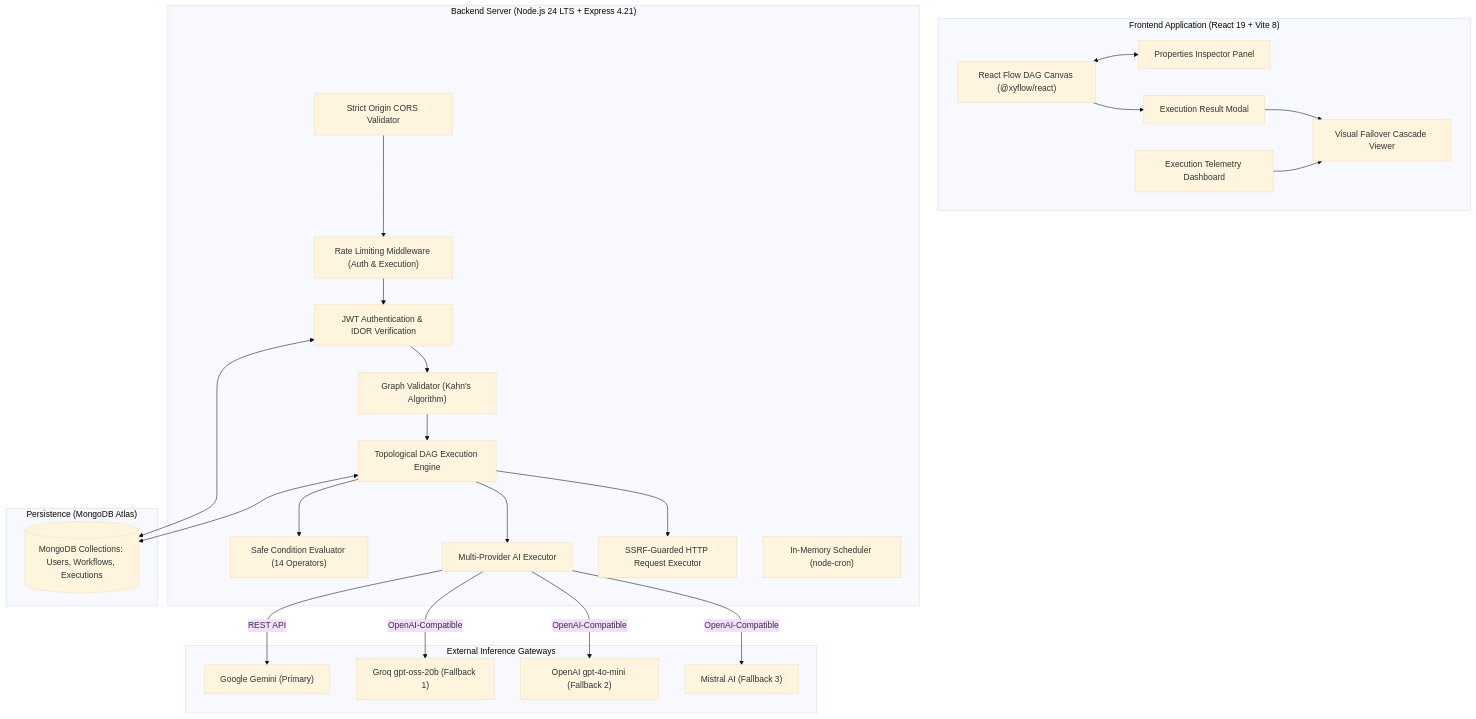
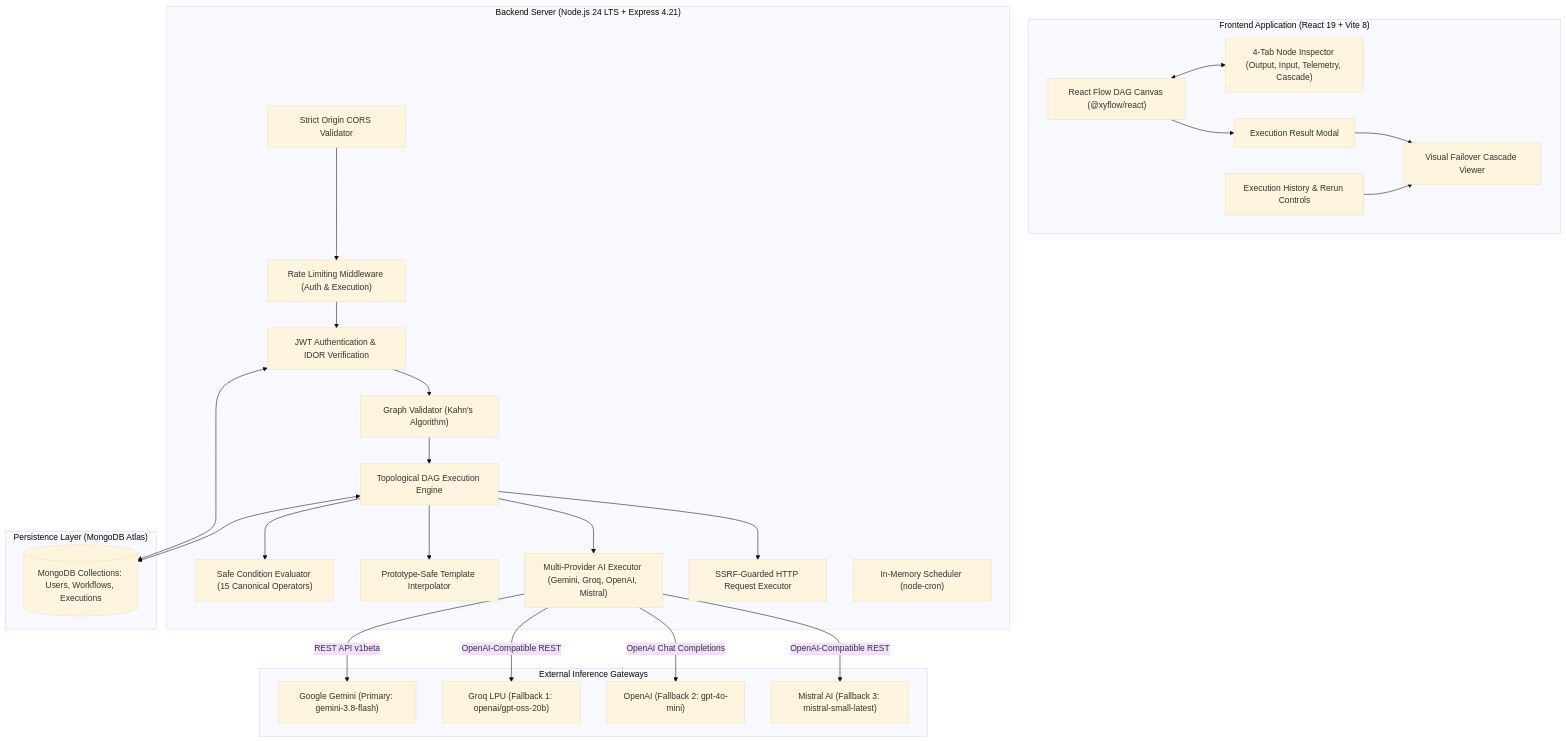
The first of 3 diagrams in README.md (DivyanshuG23/flowforge-ai), drawn with Mermaid (base theme) before and after one commit. The commit also changed other lines of this file, not shown here.

Commit message:
docs: upgrade FlowForge AI README for portfolio presentation

````diff
--- a/README.md
+++ b/README.md
@@ -32,52 +60,54 @@
 ```mermaid
 flowchart TD
     subgraph Client["Frontend Application (React 19 + Vite 8)"]
         Canvas["React Flow DAG Canvas (@xyflow/react)"]
-        Inspector["Properties Inspector Panel"]
+        Inspector["4-Tab Node Inspector (Output, Input, Telemetry, Cascade)"]
         Modal["Execution Result Modal"]
         Viewer["Visual Failover Cascade Viewer"]
-        TelemetryDash["Execution Telemetry Dashboard"]
+        TelemetryDash["Execution History & Rerun Controls"]
         Canvas <--> Inspector
         Canvas --> Modal
         Modal --> Viewer
         TelemetryDash --> Viewer
     end
 
     subgraph Server["Backend Server (Node.js 24 LTS + Express 4.21)"]
         CORS["Strict Origin CORS Validator"]
         RateLimit["Rate Limiting Middleware (Auth & Execution)"]
         AuthMiddleware["JWT Authentication & IDOR Verification"]
         Engine["Topological DAG Execution Engine"]
         Validator["Graph Validator (Kahn's Algorithm)"]
-        CondEval["Safe Condition Evaluator (14 Operators)"]
-        AIExec["Multi-Provider AI Executor"]
+        CondEval["Safe Condition Evaluator (15 Canonical Operators)"]
+        Interpolator["Prototype-Safe Template Interpolator"]
+        AIExec["Multi-Provider AI Executor (Gemini, Groq, OpenAI, Mistral)"]
         HTTPExec["SSRF-Guarded HTTP Request Executor"]
         Scheduler["In-Memory Scheduler (node-cron)"]
 
         CORS --> RateLimit
         RateLimit --> AuthMiddleware
         AuthMiddleware --> Validator
         Validator --> Engine
         Engine --> CondEval
+        Engine --> Interpolator
         Engine --> AIExec
         Engine --> HTTPExec
     end
 
-    subgraph Database["Persistence (MongoDB Atlas)"]
+    subgraph Database["Persistence Layer (MongoDB Atlas)"]
         Atlas[("MongoDB Collections: Users, Workflows, Executions")]
         AuthMiddleware <--> Atlas
         Engine <--> Atlas
     end
 
     subgraph Providers["External Inference Gateways"]
-        Gemini["Google Gemini (Primary)"]
-        Groq["Groq gpt-oss-20b (Fallback 1)"]
-        OpenAI["OpenAI gpt-4o-mini (Fallback 2)"]
-        Mistral["Mistral AI (Fallback 3)"]
+        Gemini["Google Gemini (Primary: gemini-3.8-flash)"]
+        Groq["Groq LPU (Fallback 1: openai/gpt-oss-20b)"]
+        OpenAI["OpenAI (Fallback 2: gpt-4o-mini)"]
+        Mistral["Mistral AI (Fallback 3: mistral-small-latest)"]
 
-        AIExec -->|REST API| Gemini
-        AIExec -->|OpenAI-Compatible| Groq
-        AIExec -->|OpenAI-Compatible| OpenAI
-        AIExec -->|OpenAI-Compatible| Mistral
+        AIExec -->|REST API v1beta| Gemini
+        AIExec -->|OpenAI-Compatible REST| Groq
+        AIExec -->|OpenAI Chat Completions| OpenAI
+        AIExec -->|OpenAI-Compatible REST| Mistral
     end
 ```
````
